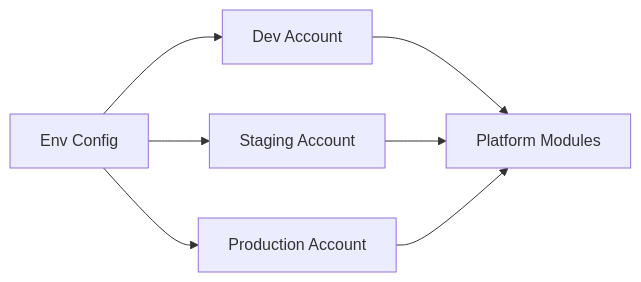
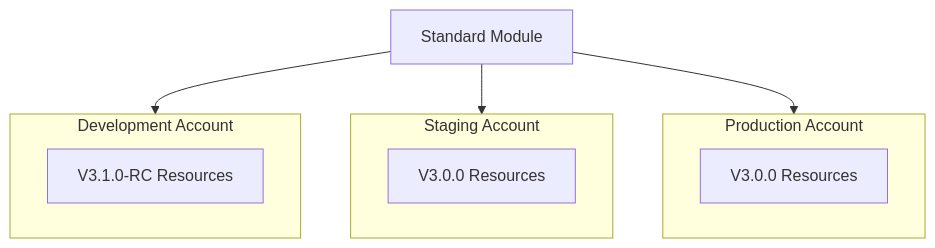
The fifth of 10 diagrams in README.md (Devopstrio/terraform-platform-modules), drawn with Mermaid before and after one commit. The commit also changed other lines of this file, not shown here.

Commit message:
docs: implement 10+ professional architecture diagrams with fixed mermaid rendering

````diff
--- a/README.md
+++ b/README.md
@@ -95,9 +151,16 @@
 ```mermaid
-graph LR
-    Env[Env Config] --> Dev[Dev Account]
-    Env --> Stage[Staging Account]
-    Env --> Prod[Production Account]
-    Dev --> Mods[Platform Modules]
-    Stage --> Mods
-    Prod --> Mods
+graph TD
+    subgraph Prod["Production Account"]
+        P_Res[V3.0.0 Resources]
+    end
+    subgraph Stage["Staging Account"]
+        S_Res[V3.0.0 Resources]
+    end
+    subgraph Dev["Development Account"]
+        D_Res[V3.1.0-RC Resources]
+    end
+
+    Module[Standard Module] --> Dev
+    Module --> Stage
+    Module --> Prod
 ```
````
